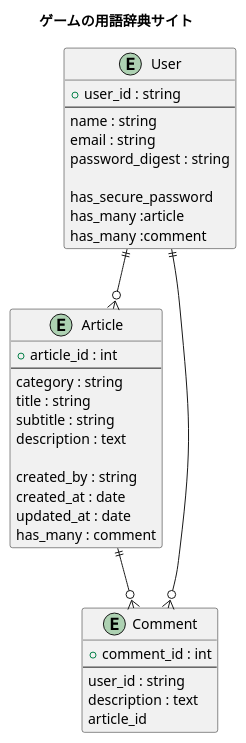
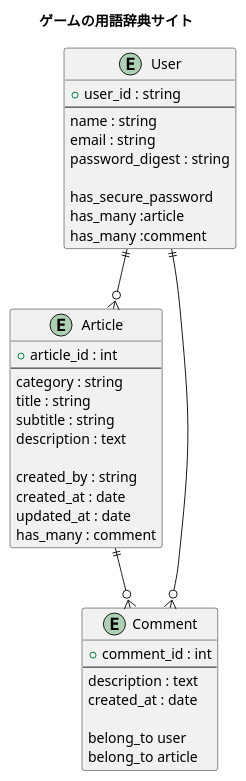
Before and after one commit to yu-suke0919/dxd_glossary_rails: the diagram in docs/plantuml/アプリ_ER図.pu, drawn with PlantUML.

Commit message:
commentのカラムを修正

```diff
--- a/docs/plantuml/アプリ_ER図.pu
+++ b/docs/plantuml/アプリ_ER図.pu
@@ -1,44 +1,46 @@
 @startuml
 title ゲームの用語辞典サイト
 
 entity User {
   + user_id : string
   --
   name : string
   email : string
   password_digest : string
 
   has_secure_password
   has_many :article
   has_many :comment
 }
 
 entity Article {
   + article_id : int
   --
   category : string
   title : string
   subtitle : string
   description : text
 
   created_by : string
   created_at : date
   updated_at : date
   has_many : comment
 }
 
 entity Comment {
   + comment_id : int
   --
-  user_id : string
   description : text
-  article_id
+  created_at : date
+
+  belong_to user
+  belong_to article
 }
 
 
 
 User ||--o{ Article
 Article ||--o{ Comment
 User ||--o{ Comment
 
 @enduml
```
